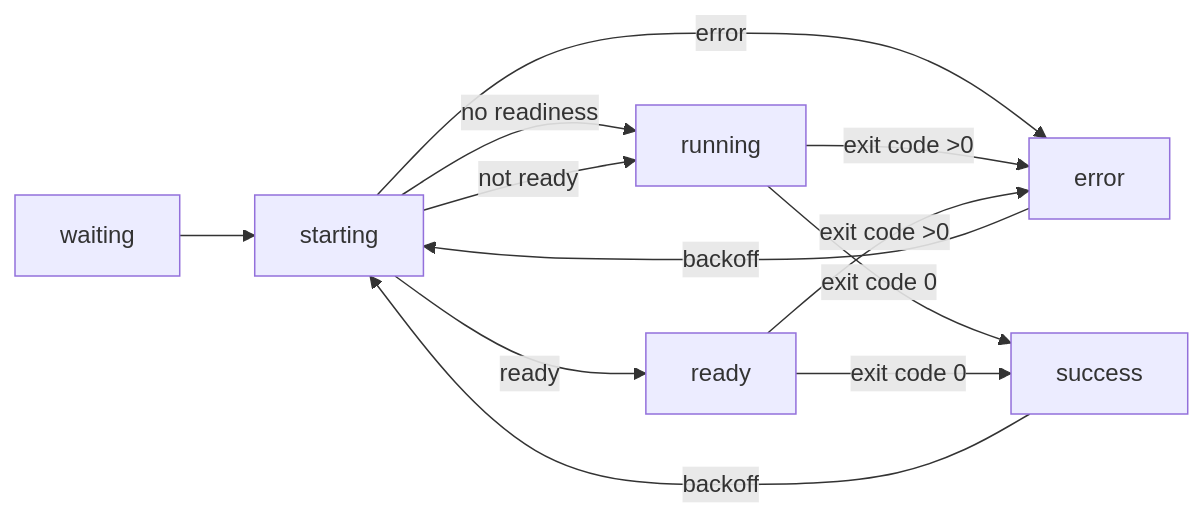
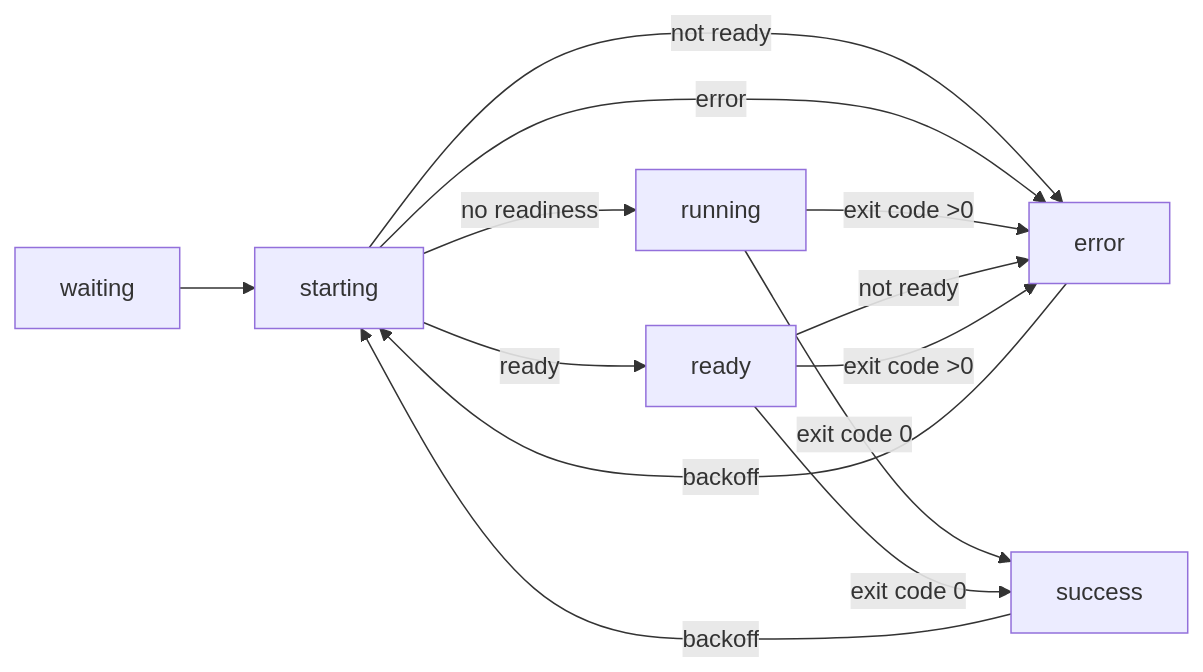
One commit to kitproj/kit changed the diagram in docs/STATUS.md. Above: the diagram before and after it, drawn with Mermaid. The commit also changed 1 other file, not shown here.

Commit message:
fix: --> error

````diff
--- a/docs/STATUS.md
+++ b/docs/STATUS.md
@@ -5,15 +5,16 @@
 ```mermaid
 flowchart LR
     waiting --> starting
     starting -->|no readiness| running
     starting -->|ready| ready
-    starting -->|not ready| running
+    starting -->|not ready| error
     starting -->|error| error
     running -->|exit code >0| error
     running -->|exit code 0| success
+    ready --> |not ready| error
     ready -->|exit code >0| error
     ready -->|exit code 0| success
     error -->|backoff| starting
     success -->|backoff| starting
 
 ```
````
